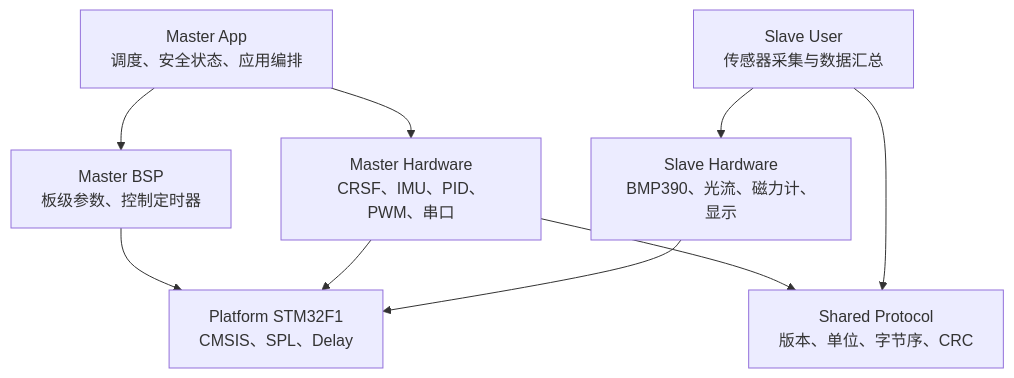
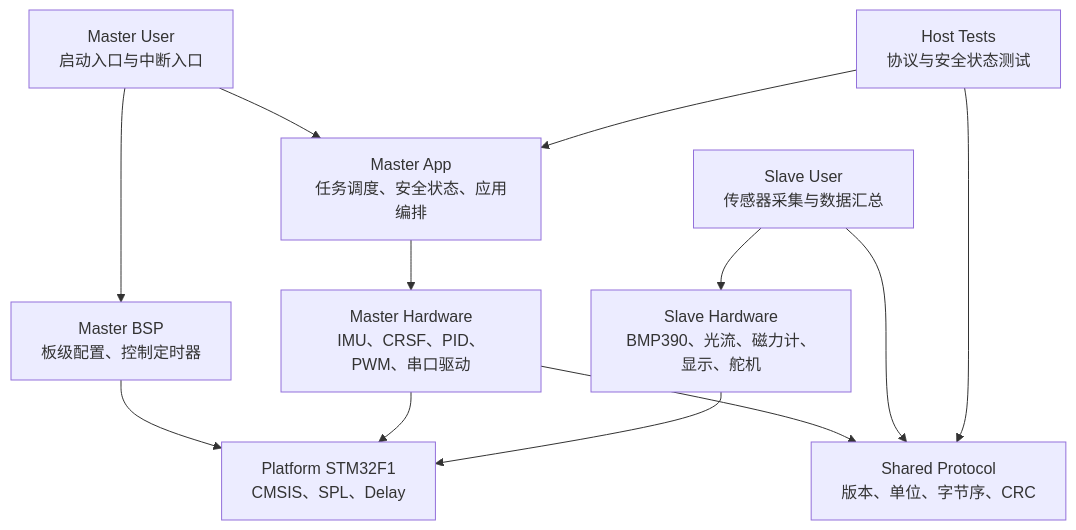
The first of 5 diagrams in docs/ARCHITECTURE.md (psaalpha/Quadcopter), drawn with Mermaid before and after one commit. The commit also changed other lines of this file, not shown here.

First line of the commit message:
Document the engineering architecture evolution

````diff
--- a/docs/ARCHITECTURE.md
+++ b/docs/ARCHITECTURE.md
@@ -5,19 +123,28 @@
 ```mermaid
 flowchart TD
-    APP["Master App<br/>调度、安全状态、应用编排"]
-    BSP["Master BSP<br/>板级参数、控制定时器"]
-    MASTER_HW["Master Hardware<br/>CRSF、IMU、PID、PWM、串口"]
-    SLAVE_APP["Slave User<br/>传感器采集与数据汇总"]
-    SLAVE_HW["Slave Hardware<br/>BMP390、光流、磁力计、显示"]
+    MASTER_USER["Master User<br/>启动入口与中断入口"]
+    MASTER_APP["Master App<br/>任务调度、安全状态、应用编排"]
+    MASTER_BSP["Master BSP<br/>板级配置、控制定时器"]
+    MASTER_HW["Master Hardware<br/>IMU、CRSF、PID、PWM、串口驱动"]
+
+    SLAVE_USER["Slave User<br/>传感器采集与数据汇总"]
+    SLAVE_HW["Slave Hardware<br/>BMP390、光流、磁力计、显示、舵机"]
+
     PROTOCOL["Shared Protocol<br/>版本、单位、字节序、CRC"]
     PLATFORM["Platform STM32F1<br/>CMSIS、SPL、Delay"]
+    HOST_TESTS["Host Tests<br/>协议与安全状态测试"]
 
-    APP --> BSP
-    APP --> MASTER_HW
+    MASTER_USER --> MASTER_APP
+    MASTER_USER --> MASTER_BSP
+    MASTER_APP --> MASTER_HW
+    MASTER_BSP --> PLATFORM
+    MASTER_HW --> PLATFORM
     MASTER_HW --> PROTOCOL
-    SLAVE_APP --> SLAVE_HW
-    SLAVE_APP --> PROTOCOL
-    BSP --> PLATFORM
-    MASTER_HW --> PLATFORM
+
+    SLAVE_USER --> SLAVE_HW
+    SLAVE_USER --> PROTOCOL
     SLAVE_HW --> PLATFORM
+
+    HOST_TESTS --> PROTOCOL
+    HOST_TESTS --> MASTER_APP
 ```
````
